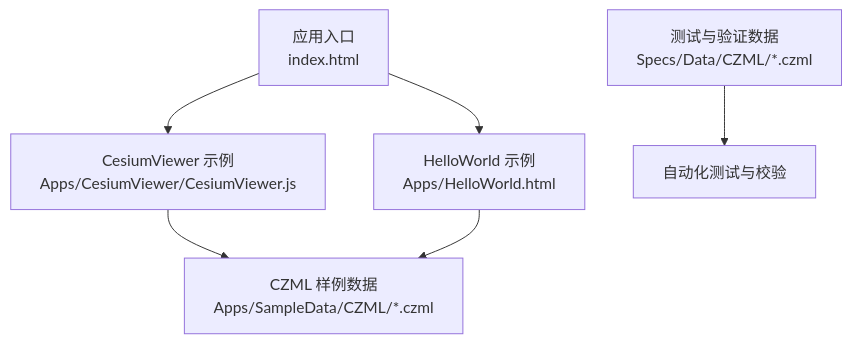
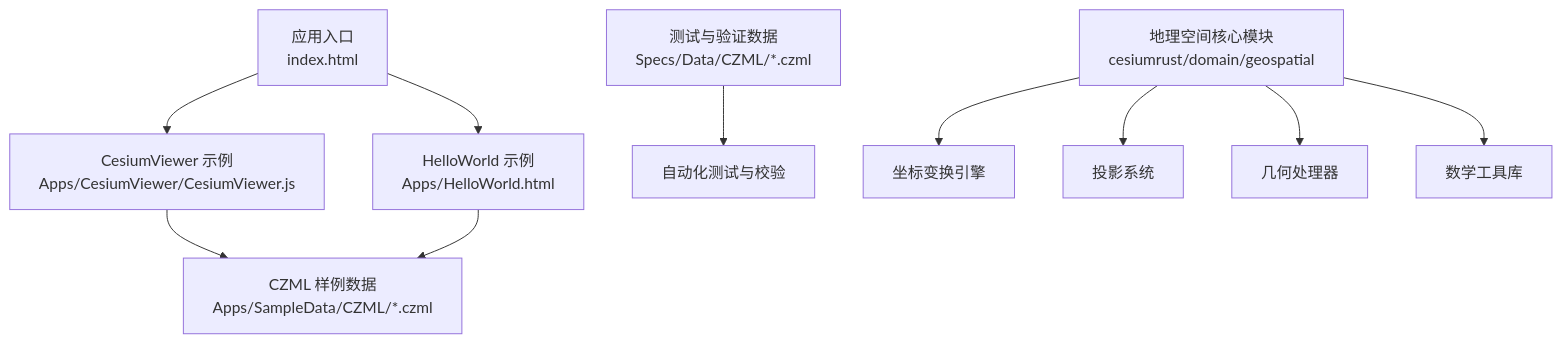
The first of 8 diagrams in .qoder/repowiki/zh/content/项目概述/核心特性/地理空间数据处理/地理空间数据处理.md (rzhangjing/cesium), drawn with Mermaid before and after one commit. The commit also changed other lines of this file and 92 other files, not shown here.

````diff
--- a/.qoder/repowiki/zh/content/项目概述/核心特性/地理空间数据处理/地理空间数据处理.md
+++ b/.qoder/repowiki/zh/content/项目概述/核心特性/地理空间数据处理/地理空间数据处理.md
@@ -48,8 +71,12 @@
 ```mermaid
 graph TB
 A["应用入口<br/>index.html"] --> B["CesiumViewer 示例<br/>Apps/CesiumViewer/CesiumViewer.js"]
 A --> C["HelloWorld 示例<br/>Apps/HelloWorld.html"]
 B --> D["CZML 样例数据<br/>Apps/SampleData/CZML/*.czml"]
 C --> D
 E["测试与验证数据<br/>Specs/Data/CZML/*.czml"] --> F["自动化测试与校验"]
+G["地理空间核心模块<br/>cesiumrust/domain/geospatial"] --> H["坐标变换引擎"]
+G --> I["投影系统"]
+G --> J["几何处理器"]
+G --> K["数学工具库"]
 ```
````
